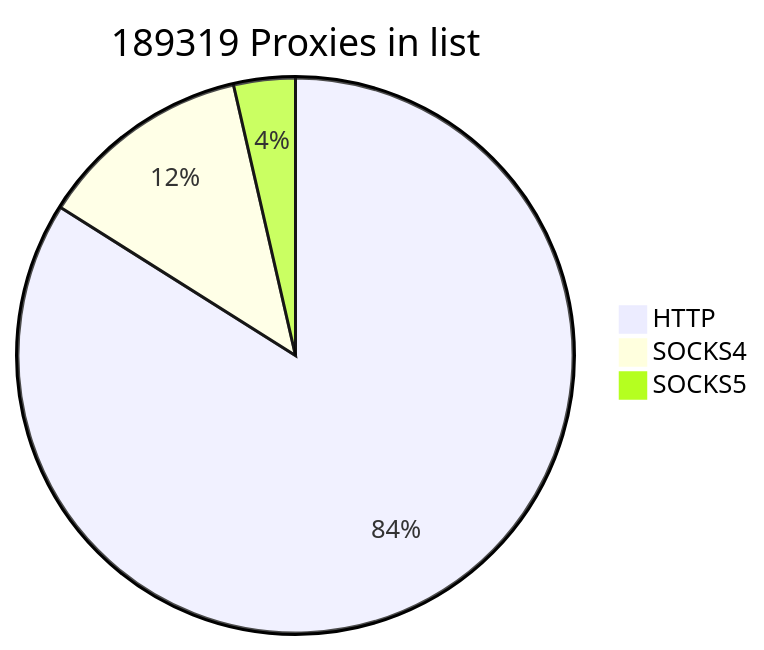
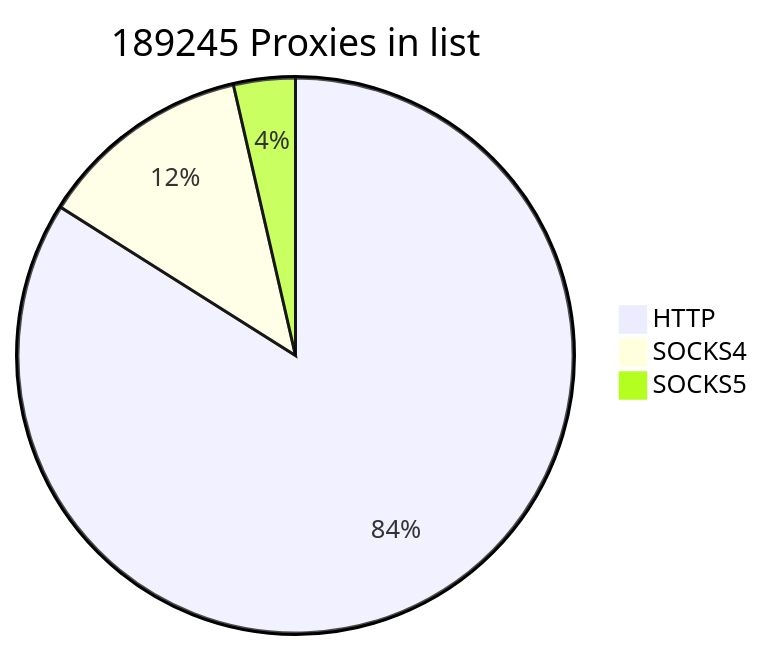
The first of 2 diagrams in README.md (cutipu/proxylist), drawn with Mermaid before and after one commit. The commit also changed other lines of this file, not shown here.

````diff
--- a/README.md
+++ b/README.md
@@ -2,7 +2,7 @@
 ```mermaid
-pie title 189319 Proxies in list
-    "HTTP" : 158938
-    "SOCKS4" : 23594
-    "SOCKS5" : 6787
+pie title 189245 Proxies in list
+    "HTTP" : 158894
+    "SOCKS4" : 23557
+    "SOCKS5" : 6794
             
 ```
````
